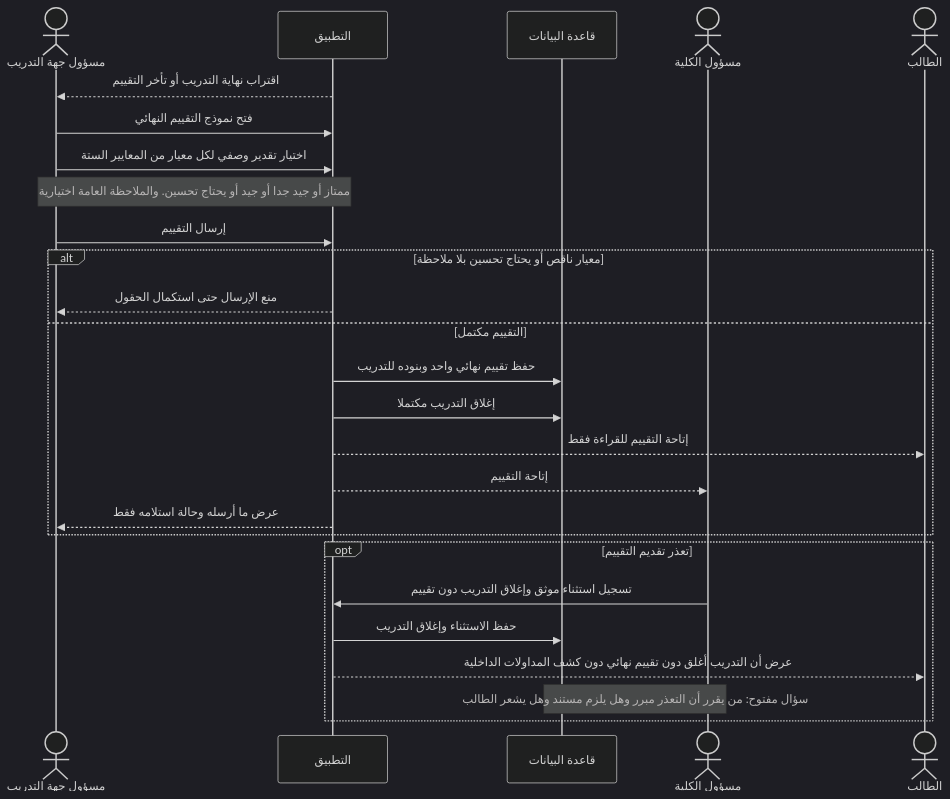
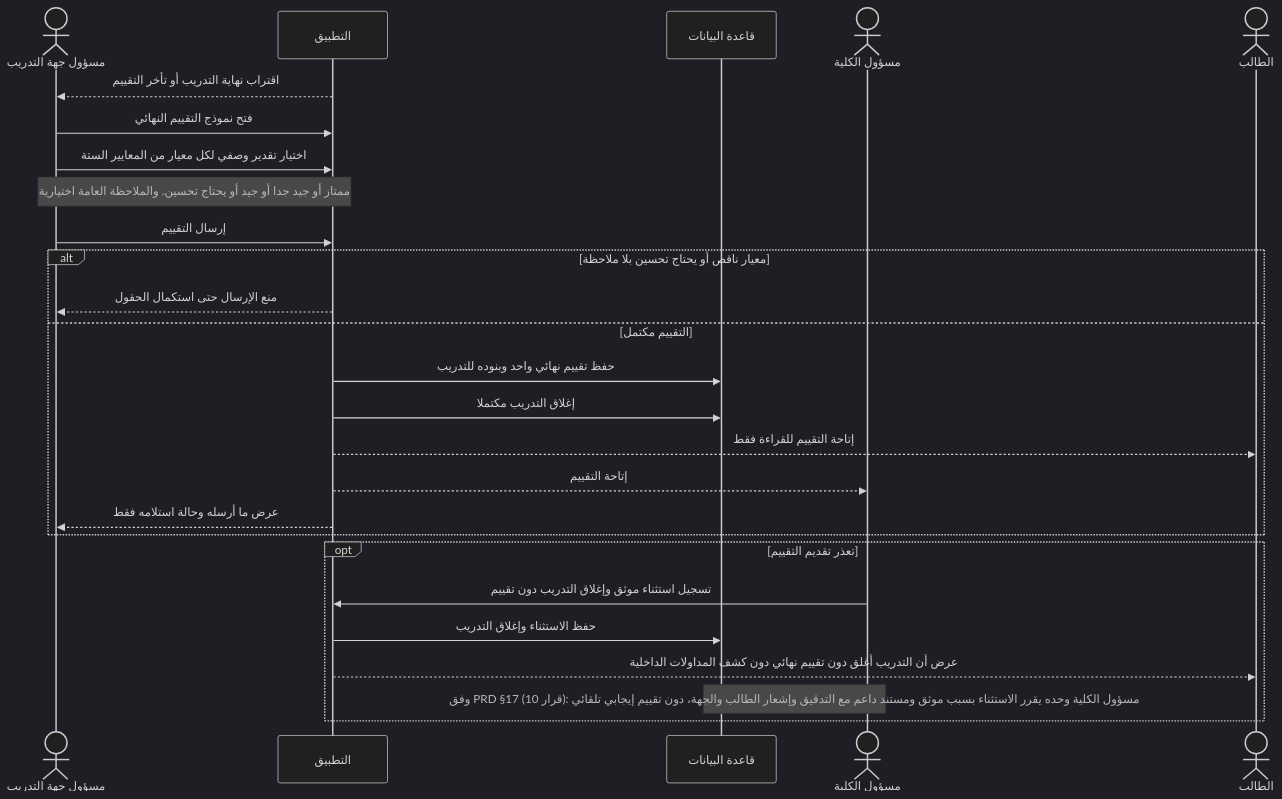
The tenth of 10 diagrams in docs/diagrams/sequence-diagrams.md (lamasaleh241-bit/university-field-training-management-system), drawn with Mermaid (dark theme) before and after one commit. The commit also changed other lines of this file, not shown here.

Commit message:
docs: reconcile approved PRD decisions across project specifications

````diff
--- a/docs/diagrams/sequence-diagrams.md
+++ b/docs/diagrams/sequence-diagrams.md
@@ -380,31 +380,31 @@
 ```mermaid
 sequenceDiagram
     actor PA as مسؤول جهة التدريب
     participant A as التطبيق
     participant D as قاعدة البيانات
     actor CA as مسؤول الكلية
     actor S as الطالب
 
     A-->>PA: اقتراب نهاية التدريب أو تأخر التقييم
     PA->>A: فتح نموذج التقييم النهائي
     PA->>A: اختيار تقدير وصفي لكل معيار من المعايير الستة
     Note over PA,A: ممتاز أو جيد جدا أو جيد أو يحتاج تحسين. والملاحظة العامة اختيارية
     PA->>A: إرسال التقييم
 
     alt معيار ناقص أو يحتاج تحسين بلا ملاحظة
         A-->>PA: منع الإرسال حتى استكمال الحقول
     else التقييم مكتمل
         A->>D: حفظ تقييم نهائي واحد وبنوده للتدريب
         A->>D: إغلاق التدريب مكتملا
         A-->>S: إتاحة التقييم للقراءة فقط
         A-->>CA: إتاحة التقييم
         A-->>PA: عرض ما أرسله وحالة استلامه فقط
     end
 
     opt تعذر تقديم التقييم
         CA->>A: تسجيل استثناء موثق وإغلاق التدريب دون تقييم
         A->>D: حفظ الاستثناء وإغلاق التدريب
         A-->>S: عرض أن التدريب أغلق دون تقييم نهائي دون كشف المداولات الداخلية
-        Note over CA,D: سؤال مفتوح: من يقرر أن التعذر مبرر وهل يلزم مستند وهل يشعر الطالب
+        Note over CA,D: وفق PRD §17 (قرار 10): مسؤول الكلية وحده يقرر الاستثناء بسبب موثق ومستند داعم مع التدقيق وإشعار الطالب والجهة، دون تقييم إيجابي تلقائي
     end
 ```
````
